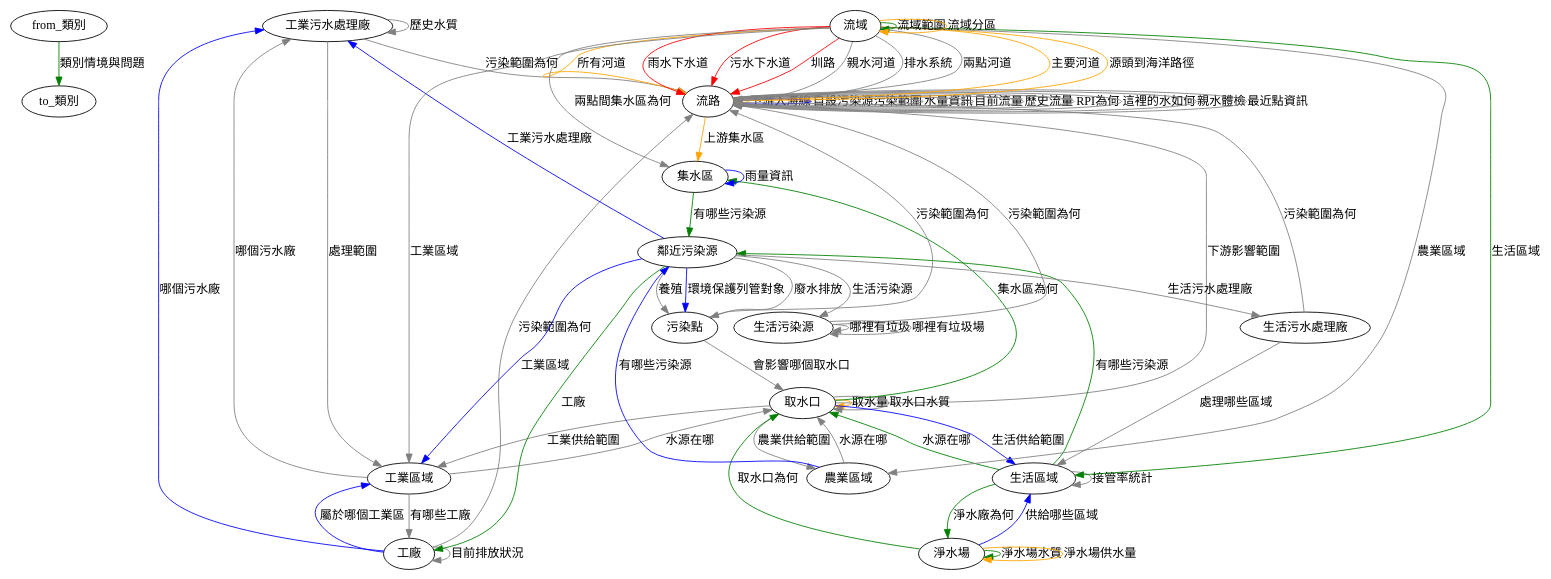
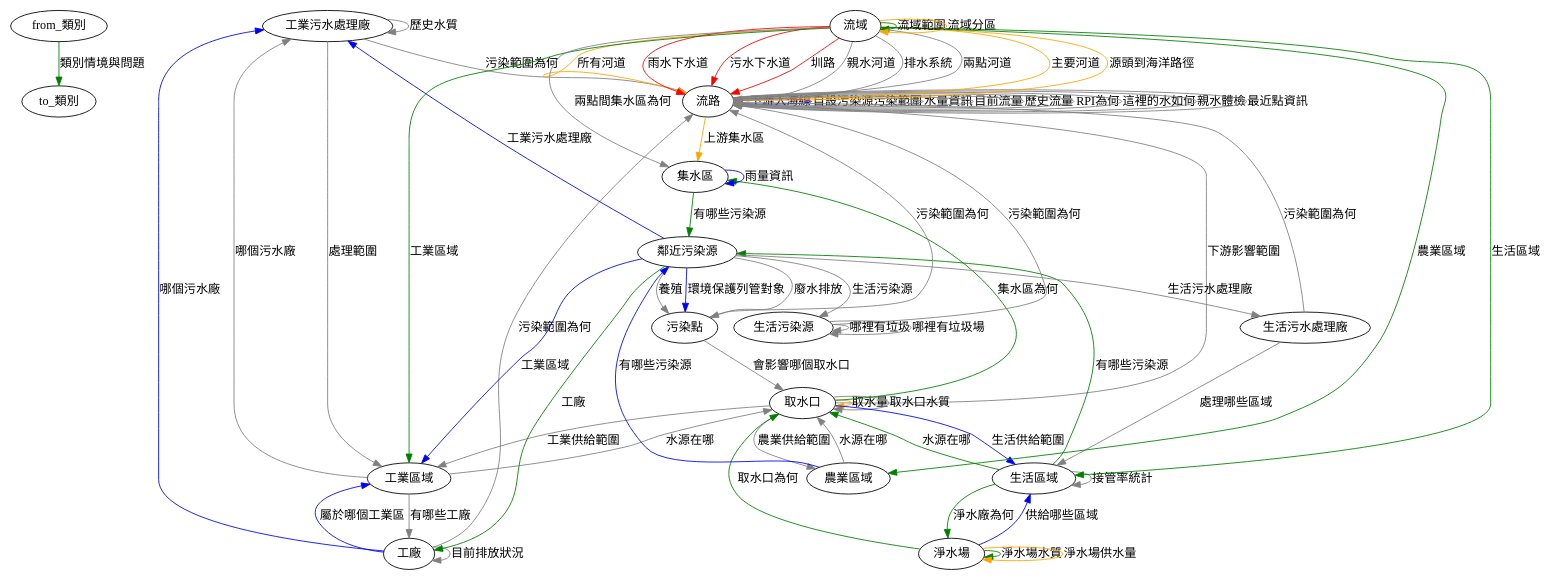
Before and after one commit to aga3134/SourcingWater: the diagram in tools/TopoTextToDot/output.dot, drawn with Graphviz. The commit also changed 7 other files, not shown here.

```diff
--- a/tools/TopoTextToDot/output.dot
+++ b/tools/TopoTextToDot/output.dot
@@ -1,72 +1,72 @@
 digraph G {
 	"from_類別"->"to_類別"[label="類別情境與問題",color="green",style=""]
 	"工業污水處理廠"->"流路"[label="污染範圍為何",color="gray",style=""]
 	"工業污水處理廠"->"工業區域"[label="處理範圍",color="gray",style=""]
 	"工業污水處理廠"->"工業污水處理廠"[label="歷史水質",color="gray",style=""]
 	"工業區域"->"工業污水處理廠"[label="哪個污水廠",color="gray",style=""]
 	"工業區域"->"工廠"[label="有哪些工廠",color="gray",style=""]
 	"工業區域"->"取水口"[label="水源在哪",color="gray",style=""]
 	"工廠"->"工業污水處理廠"[label="哪個污水廠",color="blue",style=""]
 	"工廠"->"工業區域"[label="屬於哪個工業區",color="blue",style=""]
 	"工廠"->"工廠"[label="目前排放狀況",color="gray",style=""]
 	"工廠"->"流路"[label="污染範圍為何",color="gray",style=""]
 	"生活污水處理廠"->"流路"[label="污染範圍為何",color="gray",style=""]
 	"生活污水處理廠"->"生活區域"[label="處理哪些區域",color="gray",style=""]
 	"生活污染源"->"流路"[label="污染範圍為何",color="gray",style=""]
 	"生活污染源"->"生活污染源"[label="哪裡有垃圾",color="gray",style=""]
 	"生活污染源"->"生活污染源"[label="哪裡有垃圾場",color="gray",style=""]
 	"生活區域"->"取水口"[label="水源在哪",color="green",style=""]
 	"生活區域"->"淨水場"[label="淨水廠為何",color="green",style=""]
 	"生活區域"->"鄰近污染源"[label="有哪些污染源",color="green",style=""]
 	"生活區域"->"生活區域"[label="接管率統計",color="gray",style=""]
 	"污染點"->"流路"[label="污染範圍為何",color="gray",style=""]
 	"污染點"->"取水口"[label="會影響哪個取水口",color="gray",style=""]
 	"取水口"->"集水區"[label="集水區為何",color="green",style=""]
 	"取水口"->"取水口"[label="取水量",color="orange",style=""]
 	"取水口"->"生活區域"[label="生活供給範圍",color="blue",style=""]
 	"取水口"->"流路"[label="下游影響範圍",color="gray",style=""]
 	"取水口"->"取水口"[label="取水口水質",color="gray",style=""]
 	"取水口"->"農業區域"[label="農業供給範圍",color="gray",style=""]
 	"取水口"->"工業區域"[label="工業供給範圍",color="gray",style=""]
 	"流域"->"流域"[label="流域範圍",color="green",style=""]
 	"流域"->"生活區域"[label="生活區域",color="green",style=""]
+	"流域"->"農業區域"[label="農業區域",color="green",style=""]
+	"流域"->"工業區域"[label="工業區域",color="green",style=""]
 	"流域"->"流路"[label="主要河道",color="orange",style=""]
 	"流域"->"流路"[label="源頭到海洋路徑",color="orange",style=""]
 	"流域"->"流路"[label="所有河道",color="orange",style=""]
 	"流域"->"流域"[label="流域分區",color="orange",style=""]
 	"流域"->"流路"[label="雨水下水道",color="red",style=""]
 	"流域"->"流路"[label="污水下水道",color="red",style=""]
 	"流域"->"流路"[label="圳路",color="red",style=""]
 	"流域"->"流路"[label="親水河道",color="gray",style=""]
-	"流域"->"農業區域"[label="農業區域",color="gray",style=""]
-	"流域"->"工業區域"[label="工業區域",color="gray",style=""]
 	"流域"->"流路"[label="排水系統",color="gray",style=""]
 	"流域"->"流路"[label="兩點河道",color="gray",style=""]
 	"流域"->"集水區"[label="兩點間集水區為何",color="gray",style=""]
 	"流路"->"集水區"[label="上游集水區",color="orange",style=""]
 	"流路"->"流路"[label="下游入海線",color="orange",style=""]
 	"流路"->"流路"[label="自設污染源污染範圍",color="blue",style=""]
 	"流路"->"流路"[label="水量資訊",color="gray",style=""]
 	"流路"->"流路"[label="目前流量",color="gray",style=""]
 	"流路"->"流路"[label="歷史流量",color="gray",style=""]
 	"流路"->"流路"[label="RPI為何",color="gray",style=""]
 	"流路"->"流路"[label="這裡的水如何",color="gray",style=""]
 	"流路"->"流路"[label="親水體檢",color="gray",style=""]
 	"流路"->"流路"[label="最近點資訊",color="gray",style=""]
 	"淨水場"->"取水口"[label="取水口為何",color="green",style=""]
 	"淨水場"->"淨水場"[label="淨水場水質",color="green",style=""]
 	"淨水場"->"淨水場"[label="淨水場供水量",color="orange",style=""]
 	"淨水場"->"生活區域"[label="供給哪些區域",color="blue",style=""]
 	"集水區"->"鄰近污染源"[label="有哪些污染源",color="green",style=""]
 	"集水區"->"集水區"[label="雨量資訊",color="blue",style=""]
 	"農業區域"->"鄰近污染源"[label="有哪些污染源",color="blue",style=""]
 	"農業區域"->"取水口"[label="水源在哪",color="gray",style=""]
 	"鄰近污染源"->"工廠"[label="工廠",color="green",style=""]
 	"鄰近污染源"->"污染點"[label="環境保護列管對象",color="blue",style=""]
 	"鄰近污染源"->"工業區域"[label="工業區域",color="blue",style=""]
 	"鄰近污染源"->"工業污水處理廠"[label="工業污水處理廠",color="blue",style=""]
 	"鄰近污染源"->"生活污染源"[label="生活污染源",color="gray",style=""]
 	"鄰近污染源"->"生活污水處理廠"[label="生活污水處理廠",color="gray",style=""]
 	"鄰近污染源"->"污染點"[label="廢水排放",color="gray",style=""]
 	"鄰近污染源"->"污染點"[label="養殖",color="gray",style=""]
 }
```
